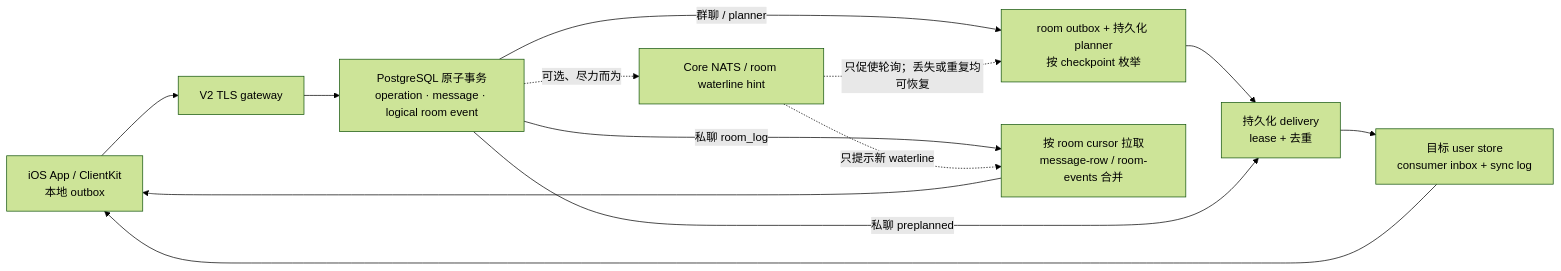
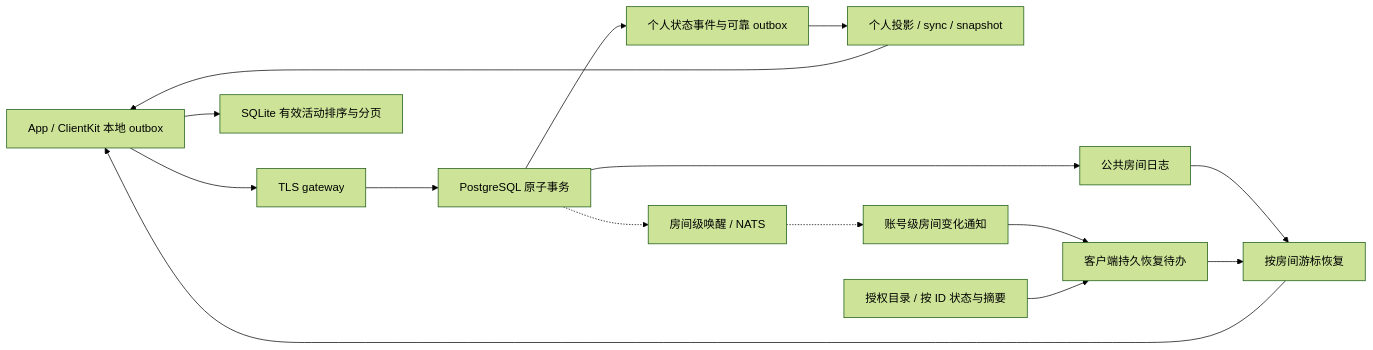
One commit to Yyilin001/IMMonorepo changed the diagram in docs/current-system-map.md. Above: the diagram before and after it, drawn with Mermaid (forest theme). The commit also changed other lines of this file and 568 other files, not shown here.

First line of the commit message:
feat: consolidate room-log recovery and durable server authorization

````diff
--- a/docs/current-system-map.md
+++ b/docs/current-system-map.md
@@ -18,15 +18,17 @@
 ```mermaid
 flowchart LR
-    C["iOS App / ClientKit\n本地 outbox"] --> G["V2 TLS gateway"]
-    G --> T["PostgreSQL 原子事务\noperation · message · logical room event"]
-    T -->|"群聊 / planner"| P["room outbox + 持久化 planner\n按 checkpoint 枚举"]
-    P --> D["持久化 delivery\nlease + 去重"]
-    D --> S["目标 user store\nconsumer inbox + sync log"]
+    C["App / ClientKit 本地 outbox"] --> G["TLS gateway"]
+    G --> T["PostgreSQL 原子事务"]
+    T --> R["公共房间日志"]
+    T --> P["个人状态事件与可靠 outbox"]
+    P --> S["个人投影 / sync / snapshot"]
     S --> C
-    T -->|"私聊 preplanned"| D
-    T -->|"私聊 room_log"| R["按 room cursor 拉取\nmessage-row / room-events 合并"]
-    R --> C
-    T -. "可选、尽力而为" .-> N["Core NATS / room waterline hint"]
-    N -. "只促使轮询；丢失或重复均可恢复" .-> P
-    N -. "只提示新 waterline" .-> R
+    R --> Q["按房间游标恢复"]
+    Q --> C
+    T -.-> N["房间级唤醒 / NATS"]
+    N -.-> A["账号级房间变化通知"]
+    A --> W["客户端持久恢复待办"]
+    W --> Q
+    D["授权目录 / 按 ID 状态与摘要"] --> W
+    C --> L["SQLite 有效活动排序与分页"]
 ```
````
